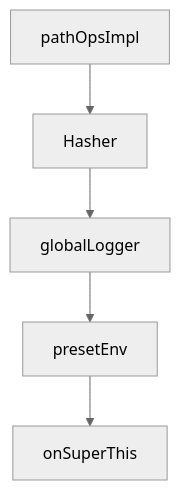
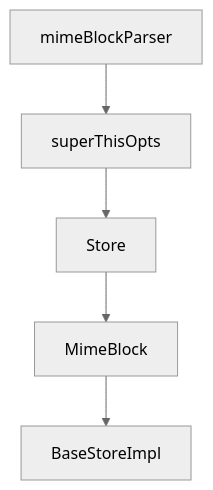
The diagram in tutorials/fireproof-tutorial/06-files-attachments-and-rich-data-flows.md (johnxie/awesome-code-docs), drawn with Mermaid (neutral theme) before and after one commit. The commit also changed other lines of this file and 1232 other files, not shown here.

````diff
--- a/tutorials/fireproof-tutorial/06-files-attachments-and-rich-data-flows.md
+++ b/tutorials/fireproof-tutorial/06-files-attachments-and-rich-data-flows.md
@@ -210,12 +208,12 @@
 ```mermaid
 flowchart TD
-    A[pathOpsImpl]
-    B[Hasher]
-    C[globalLogger]
-    D[presetEnv]
-    E[onSuperThis]
+    A[mimeBlockParser]
+    B[superThisOpts]
+    C[Store]
+    D[MimeBlock]
+    E[BaseStoreImpl]
     A --> B
     B --> C
     C --> D
     D --> E
 ```
````
